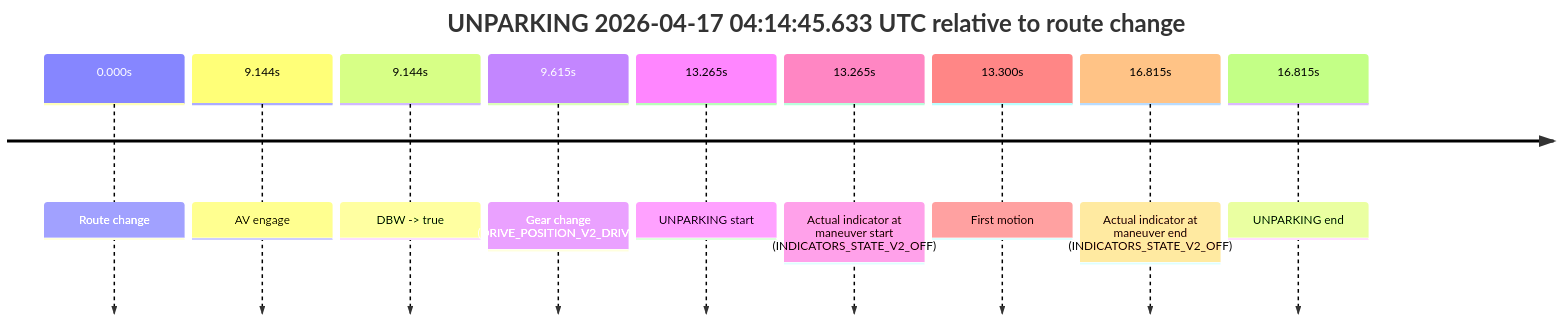
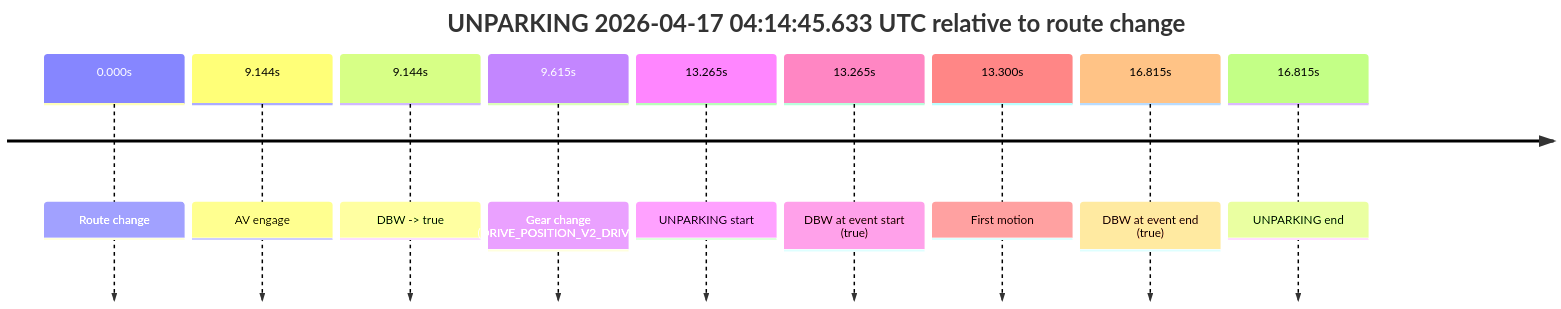
Before and after one commit to yoelshapiro/vault: the third of 3 diagrams in model_analysis/report_cards/2026/04/Week-3/fme10010--2026-04-17--03-51-35--gen2-av-7c60b507-5758-47bf-b9f0-4e94d23fe48e.md, drawn with Mermaid. The commit also changed other lines of this file and 85 other files, not shown here.

````diff
--- a/model_analysis/report_cards/2026/04/Week-3/fme10010--2026-04-17--03-51-35--gen2-av-7c60b507-5758-47bf-b9f0-4e94d23fe48e.md
+++ b/model_analysis/report_cards/2026/04/Week-3/fme10010--2026-04-17--03-51-35--gen2-av-7c60b507-5758-47bf-b9f0-4e94d23fe48e.md
@@ -214,13 +224,13 @@
 ```mermaid
 timeline
     title UNPARKING 2026-04-17 04:14:45.633 UTC relative to route change
     0.000s : Route change
     9.144s : AV engage
     9.144s : DBW -> true
     9.615s : Gear change (DRIVE_POSITION_V2_DRIVE)
     13.265s : UNPARKING start
-    13.265s : Actual indicator at maneuver start (INDICATORS_STATE_V2_OFF)
+    13.265s : DBW at event start (true)
     13.300s : First motion
-    16.815s : Actual indicator at maneuver end (INDICATORS_STATE_V2_OFF)
+    16.815s : DBW at event end (true)
     16.815s : UNPARKING end
 ```
````
